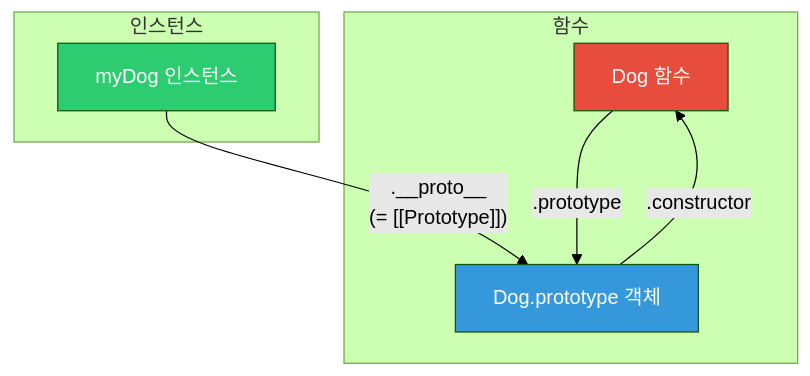
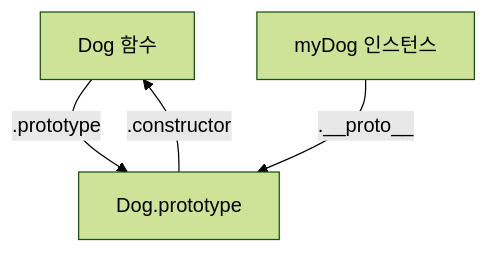
One commit to yjkim2015/yjkim2015.github.io changed the third of 6 diagrams in _posts/frontend/2026-05-02-js-prototype.md. Above: the diagram before and after it, drawn with Mermaid (forest theme). The commit also changed other lines of this file and 215 other files, not shown here.

First line of the commit message:
신규 포스트 10개 추가 + Mermaid 전면 축소 + SystemDesign 시리즈 보강

````diff
--- a/_posts/frontend/2026-05-02-js-prototype.md
+++ b/_posts/frontend/2026-05-02-js-prototype.md
@@ -127,19 +124,6 @@
 ```mermaid
 graph TD
-    subgraph "함수"
-        F["Dog 함수"]
-        FP["Dog.prototype 객체"]
-        F -->|".prototype"| FP
-    end
-
-    subgraph "인스턴스"
-        I["myDog 인스턴스"]
-        I -->|".__proto__<br>(= [[Prototype]])"| FP
-    end
-
+    F["Dog 함수"] -->|".prototype"| FP["Dog.prototype"]
+    I["myDog 인스턴스"] -->|".__proto__"| FP
     FP -->|".constructor"| F
-
-    style F fill:#e74c3c,color:#fff
-    style FP fill:#3498db,color:#fff
-    style I fill:#2ecc71,color:#fff
 ```
````
